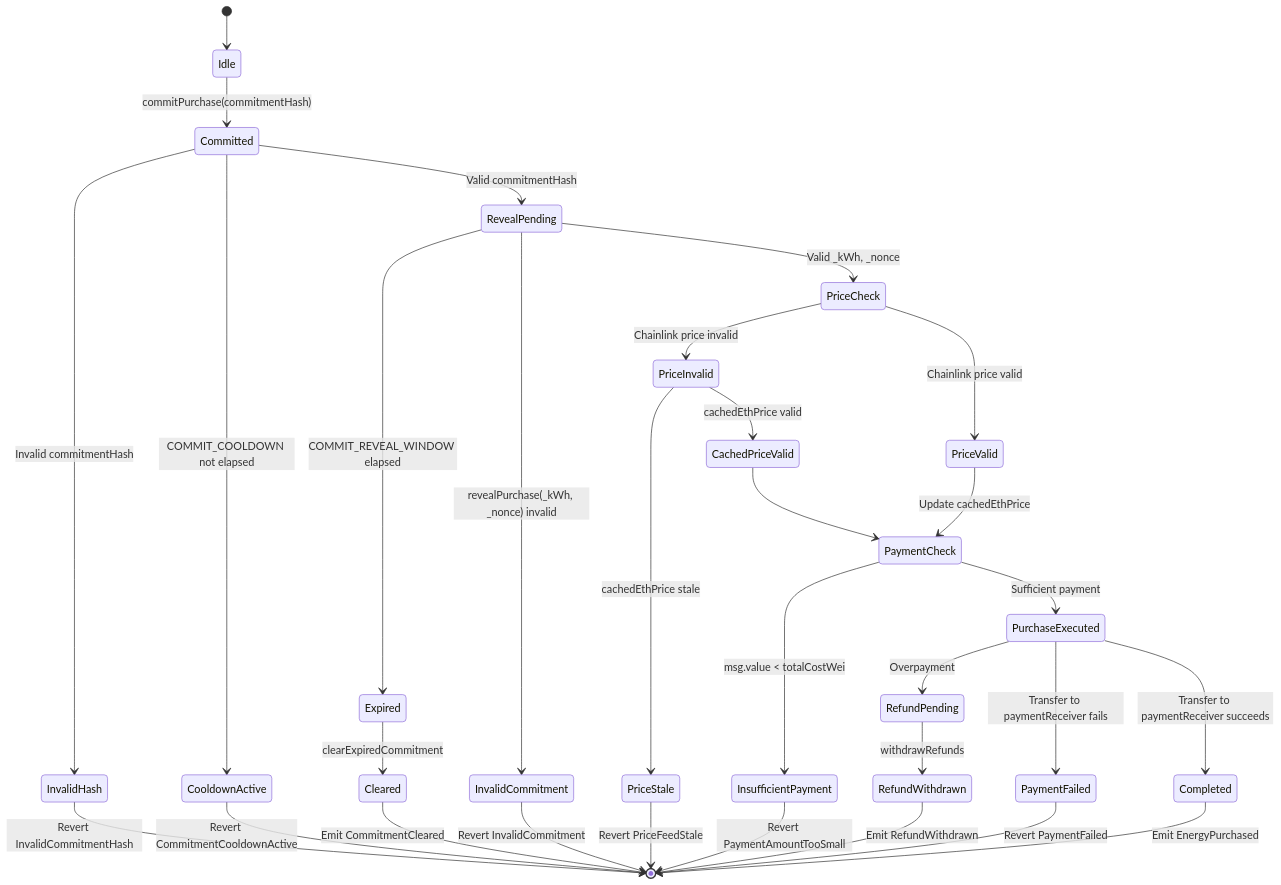
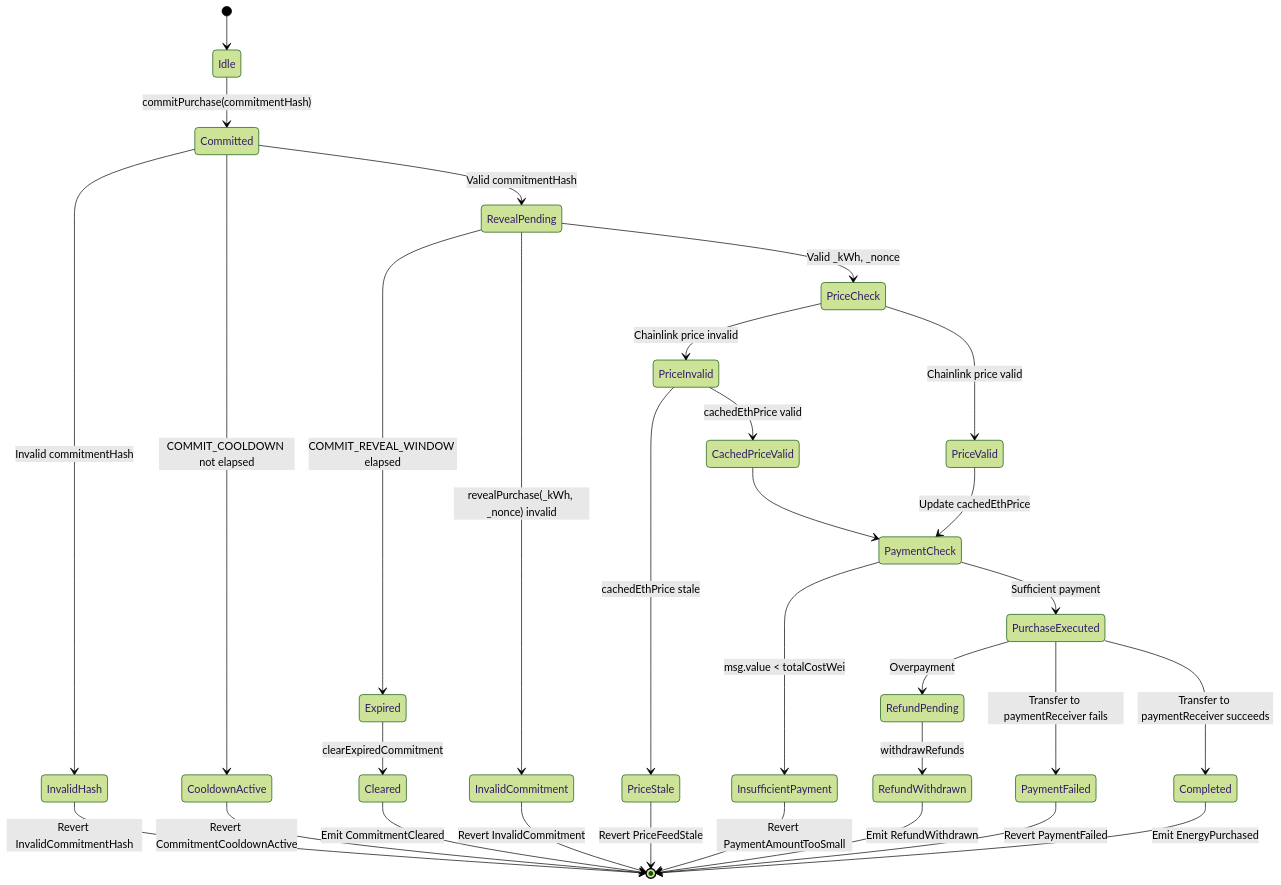
One commit to Link2004tw/quantum-energy-contracts changed the diagram in docs/diagrams/commit-reveal-state.mmd. Above: the diagram before and after it, drawn with Mermaid.

```diff
--- a/docs/diagrams/commit-reveal-state.mmd
+++ b/docs/diagrams/commit-reveal-state.mmd
@@ -1,31 +1,36 @@
+---
+config:
+  theme: forest
+  layout: dagre
+---
 stateDiagram-v2
     [*] --> Idle
     Idle --> Committed: commitPurchase(commitmentHash)
     Committed --> InvalidHash: Invalid commitmentHash
     InvalidHash --> [*]: Revert InvalidCommitmentHash
     Committed --> CooldownActive: COMMIT_COOLDOWN not elapsed
     CooldownActive --> [*]: Revert CommitmentCooldownActive
     Committed --> RevealPending: Valid commitmentHash
     RevealPending --> Expired: COMMIT_REVEAL_WINDOW elapsed
     Expired --> Cleared: clearExpiredCommitment
     Cleared --> [*]: Emit CommitmentCleared
     RevealPending --> InvalidCommitment: revealPurchase(_kWh, _nonce) invalid
     InvalidCommitment --> [*]: Revert InvalidCommitment
     RevealPending --> PriceCheck: Valid _kWh, _nonce
     PriceCheck --> PriceInvalid: Chainlink price invalid
     PriceInvalid --> CachedPriceValid: cachedEthPrice valid
     PriceInvalid --> PriceStale: cachedEthPrice stale
     PriceStale --> [*]: Revert PriceFeedStale
     CachedPriceValid --> PaymentCheck
     PriceCheck --> PriceValid: Chainlink price valid
     PriceValid --> PaymentCheck: Update cachedEthPrice
     PaymentCheck --> InsufficientPayment: msg.value < totalCostWei
     InsufficientPayment --> [*]: Revert PaymentAmountTooSmall
     PaymentCheck --> PurchaseExecuted: Sufficient payment
     PurchaseExecuted --> RefundPending: Overpayment
     RefundPending --> RefundWithdrawn: withdrawRefunds
     RefundWithdrawn --> [*]: Emit RefundWithdrawn
     PurchaseExecuted --> PaymentFailed: Transfer to paymentReceiver fails
     PaymentFailed --> [*]: Revert PaymentFailed
     PurchaseExecuted --> Completed: Transfer to paymentReceiver succeeds
     Completed --> [*]: Emit EnergyPurchased
```
